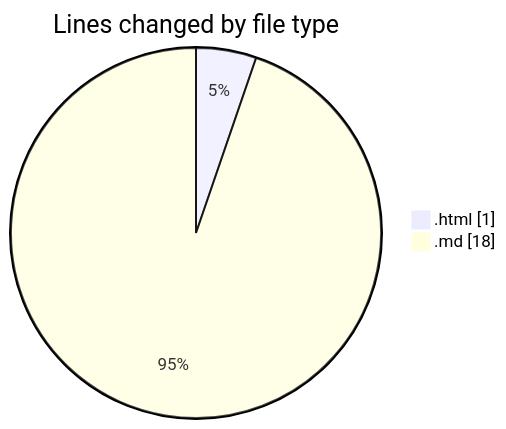
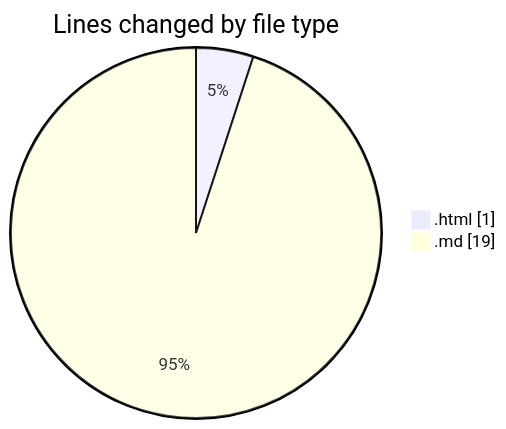
Before and after one commit to Ritupan-Deka/code-tracking: the first of 2 diagrams in 2025-07-08/urlwebwala_intership_work/README.md, drawn with Mermaid. The commit also changed other lines of this file and 1 other file, not shown here.

````diff
--- a/2025-07-08/urlwebwala_intership_work/README.md
+++ b/2025-07-08/urlwebwala_intership_work/README.md
@@ -21,6 +21,6 @@
 ```mermaid
 pie showData
 title Lines changed by file type
 ".html" : 1
-".md" : 18
+".md" : 19
 ```
````
